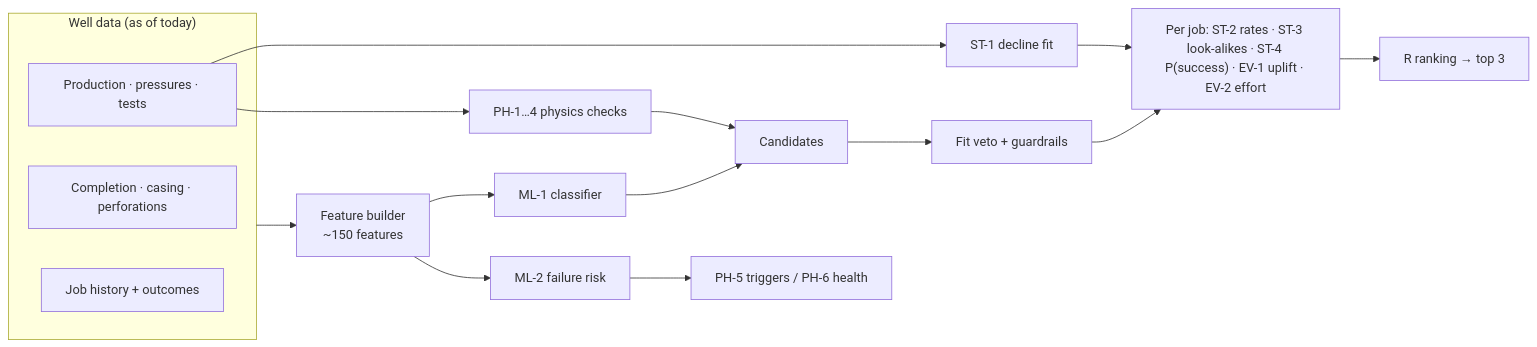
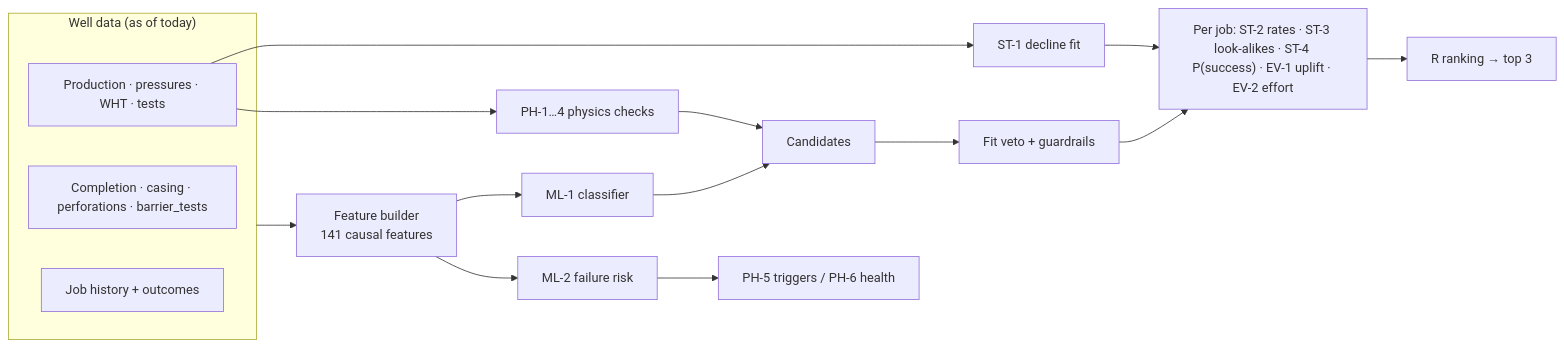
The first of 5 diagrams in docs/ml_recommendation_engine.md (amandeepsinghs-cyber/urvi-cairn-barmer), drawn with Mermaid before and after one commit. The commit also changed other lines of this file and 405 other files, not shown here.

````diff
--- a/docs/ml_recommendation_engine.md
+++ b/docs/ml_recommendation_engine.md
@@ -90,20 +92,20 @@
 ```mermaid
 flowchart LR
   subgraph IN["Well data (as of today)"]
-    PROD["Production · pressures · tests"]
-    CONS["Completion · casing · perforations"]
+    PROD["Production · pressures · WHT · tests"]
+    CONS["Completion · casing · perforations · barrier_tests"]
     HIST["Job history + outcomes"]
   end
-  IN --> F["Feature builder<br/>~150 features"]
+  IN --> F["Feature builder<br/>141 causal features"]
   F --> ML1["ML-1 classifier"]
   PROD --> ST1["ST-1 decline fit"]
   PROD --> PH["PH-1…4 physics checks"]
   F --> ML2["ML-2 failure risk"]
   ML1 --> C["Candidates"]
   PH --> C
   C --> V["Fit veto + guardrails"]
   V --> E["Per job: ST-2 rates · ST-3 look-alikes · ST-4 P(success) · EV-1 uplift · EV-2 effort"]
   ST1 --> E
   ML2 --> PH5["PH-5 triggers / PH-6 health"]
   E --> R["R ranking → top 3"]
 ```
````
